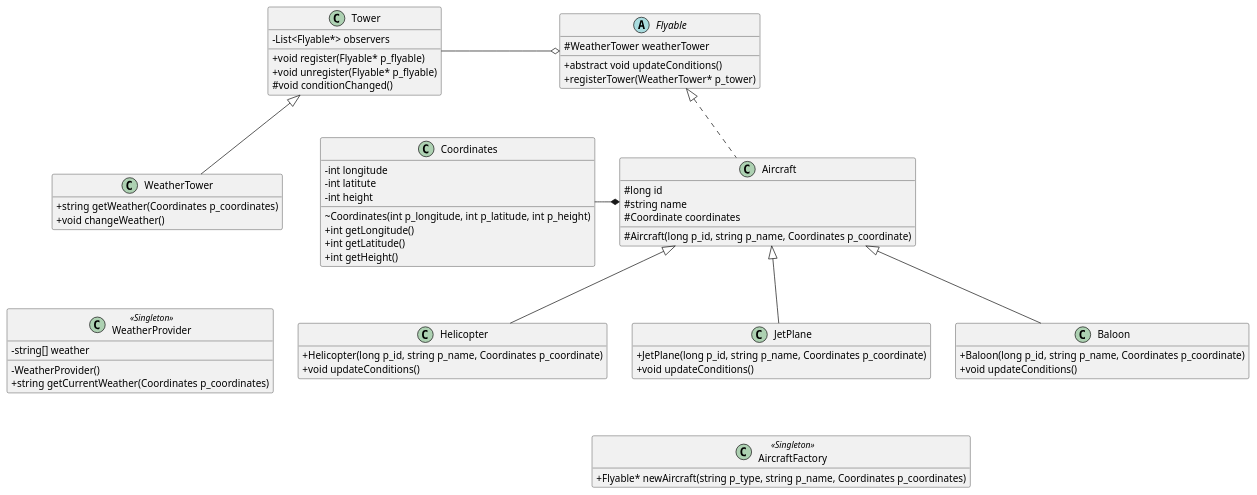
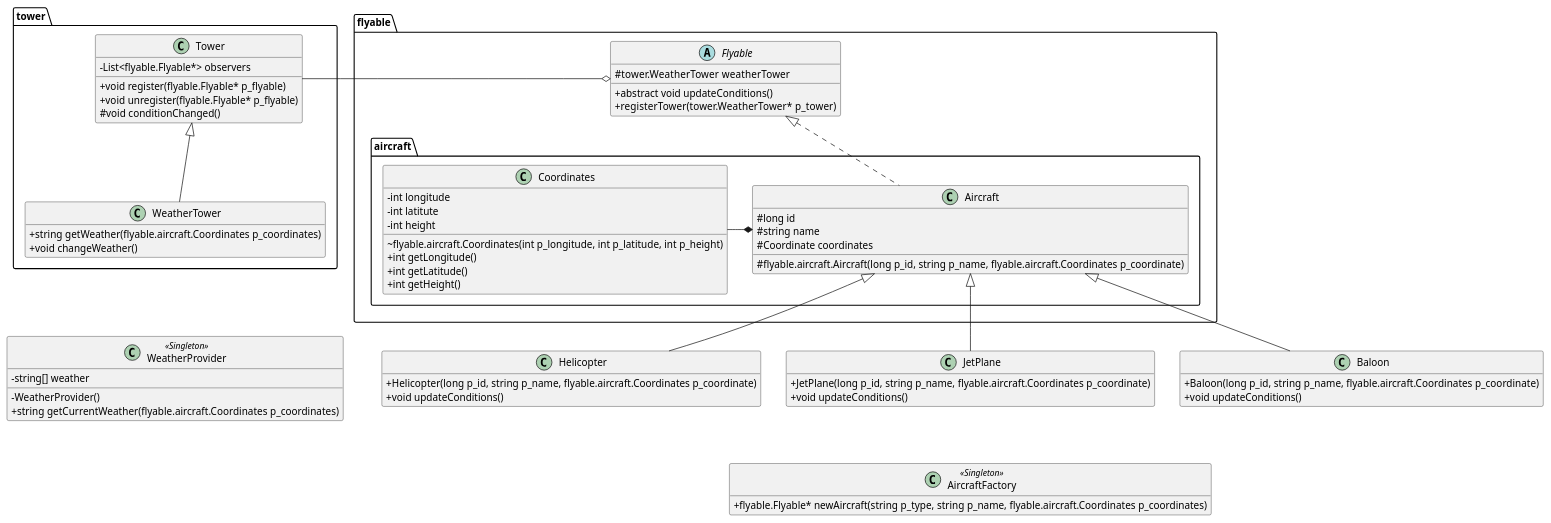
Before and after one commit to Joo-hyun-Kang/Spring_And_OOPDesign: the diagram in global.puml, drawn with PlantUML. The commit also changed 8 other files, not shown here.

Commit message:
feat: Coordinate, WeatherTowerの実装、パッケージ構造の変更

```diff
--- a/global.puml
+++ b/global.puml
@@ -1,85 +1,85 @@
 @startuml
 skinparam classAttributeIconSize 0
 hide empty members
-class Tower
+class tower.Tower
 {
-- List<Flyable*> observers
-+void register(Flyable* p_flyable)
-+void unregister(Flyable* p_flyable)
+- List<flyable.Flyable*> observers
++void register(flyable.Flyable* p_flyable)
++void unregister(flyable.Flyable* p_flyable)
 #void conditionChanged()
 }
 
-class WeatherTower
+class tower.WeatherTower
 {
-+string getWeather(Coordinates p_coordinates)
++string getWeather(flyable.aircraft.Coordinates p_coordinates)
 +void changeWeather()
 }
 
 class WeatherProvider <<Singleton>>
 {
 -string[] weather
 -WeatherProvider()
-+string getCurrentWeather(Coordinates p_coordinates)
++string getCurrentWeather(flyable.aircraft.Coordinates p_coordinates)
 }
 
-class Coordinates
+class flyable.aircraft.Coordinates
 {
 -int longitude
 -int latitute
 -int height
-~Coordinates(int p_longitude, int p_latitude, int p_height)
+~flyable.aircraft.Coordinates(int p_longitude, int p_latitude, int p_height)
 +int getLongitude()
 +int getLatitude()
 +int getHeight()
 }
 
-class Aircraft
+class flyable.aircraft.Aircraft
 {
 #long id
 #string name
 #Coordinate coordinates
-#Aircraft(long p_id, string p_name, Coordinates p_coordinate)
+#flyable.aircraft.Aircraft(long p_id, string p_name, flyable.aircraft.Coordinates p_coordinate)
 }
 
-abstract Flyable
+abstract flyable.Flyable
 {
-#WeatherTower weatherTower
+#tower.WeatherTower weatherTower
 +abstract void updateConditions()
-+registerTower(WeatherTower* p_tower)
++registerTower(tower.WeatherTower* p_tower)
 }
 
 class Helicopter
 {
-+Helicopter(long p_id, string p_name, Coordinates p_coordinate)
++Helicopter(long p_id, string p_name, flyable.aircraft.Coordinates p_coordinate)
 +void updateConditions()
 }
 
 class JetPlane
 {
-+JetPlane(long p_id, string p_name, Coordinates p_coordinate)
++JetPlane(long p_id, string p_name, flyable.aircraft.Coordinates p_coordinate)
 +void updateConditions()
 }
 
 class Baloon
 {
-+Baloon(long p_id, string p_name, Coordinates p_coordinate)
++Baloon(long p_id, string p_name, flyable.aircraft.Coordinates p_coordinate)
 +void updateConditions()
 }
 
 class AircraftFactory <<Singleton>>
 {
-+Flyable* newAircraft(string p_type, string p_name, Coordinates p_coordinates)
++flyable.Flyable* newAircraft(string p_type, string p_name, flyable.aircraft.Coordinates p_coordinates)
 }
 
-Tower <|-- WeatherTower
-Tower -o Flyable
-Coordinates -* Aircraft
-Flyable <|.. Aircraft 
-Aircraft <|-- Helicopter
-Aircraft <|-- JetPlane
-Aircraft <|-- Baloon
+tower.Tower <|-- tower.WeatherTower
+tower.Tower -o flyable.Flyable
+flyable.aircraft.Coordinates -* flyable.aircraft.Aircraft
+flyable.Flyable <|.. flyable.aircraft.Aircraft
+flyable.aircraft.Aircraft <|-- Helicopter
+flyable.aircraft.Aircraft <|-- JetPlane
+flyable.aircraft.Aircraft <|-- Baloon
 
 JetPlane -[hidden]- AircraftFactory
-WeatherTower -[hidden]- WeatherProvider
+tower.WeatherTower -[hidden]- WeatherProvider
 
 @enduml
```
